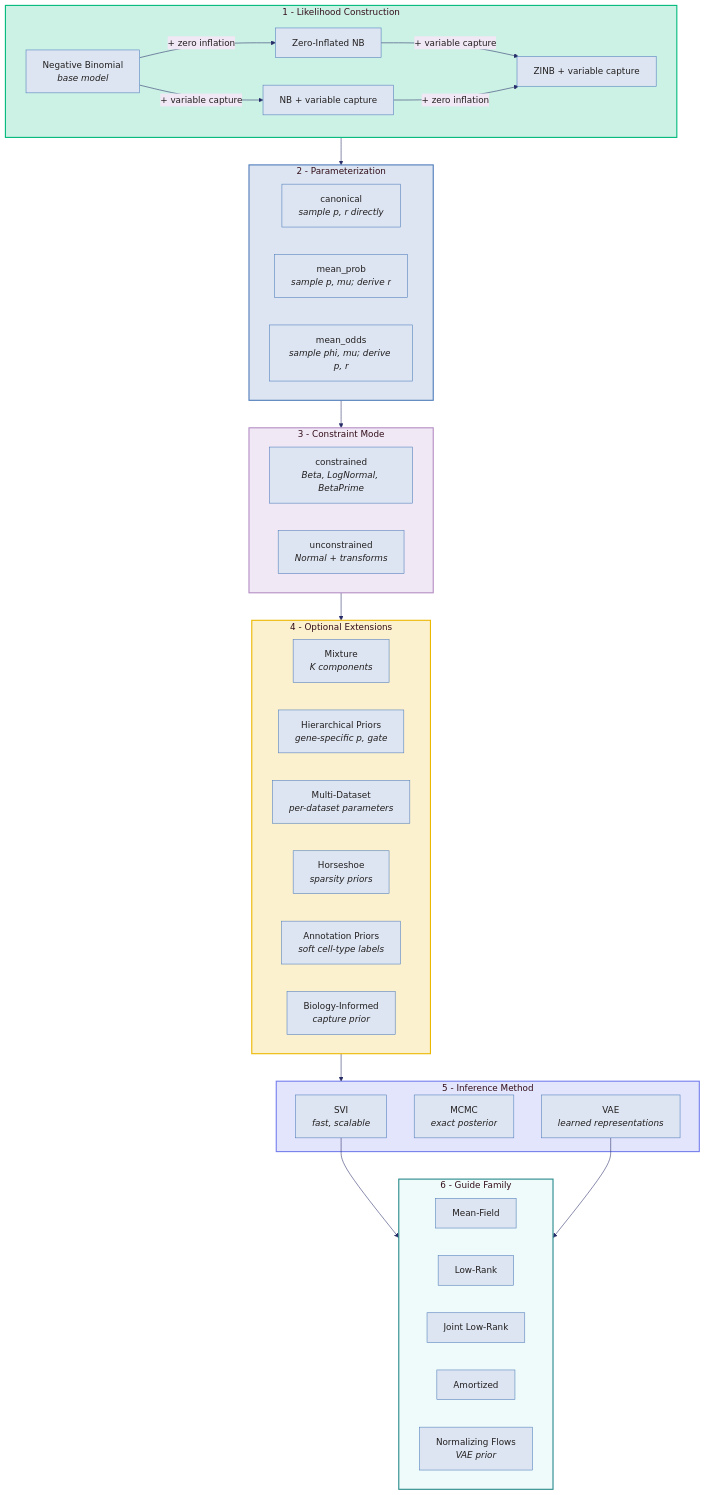
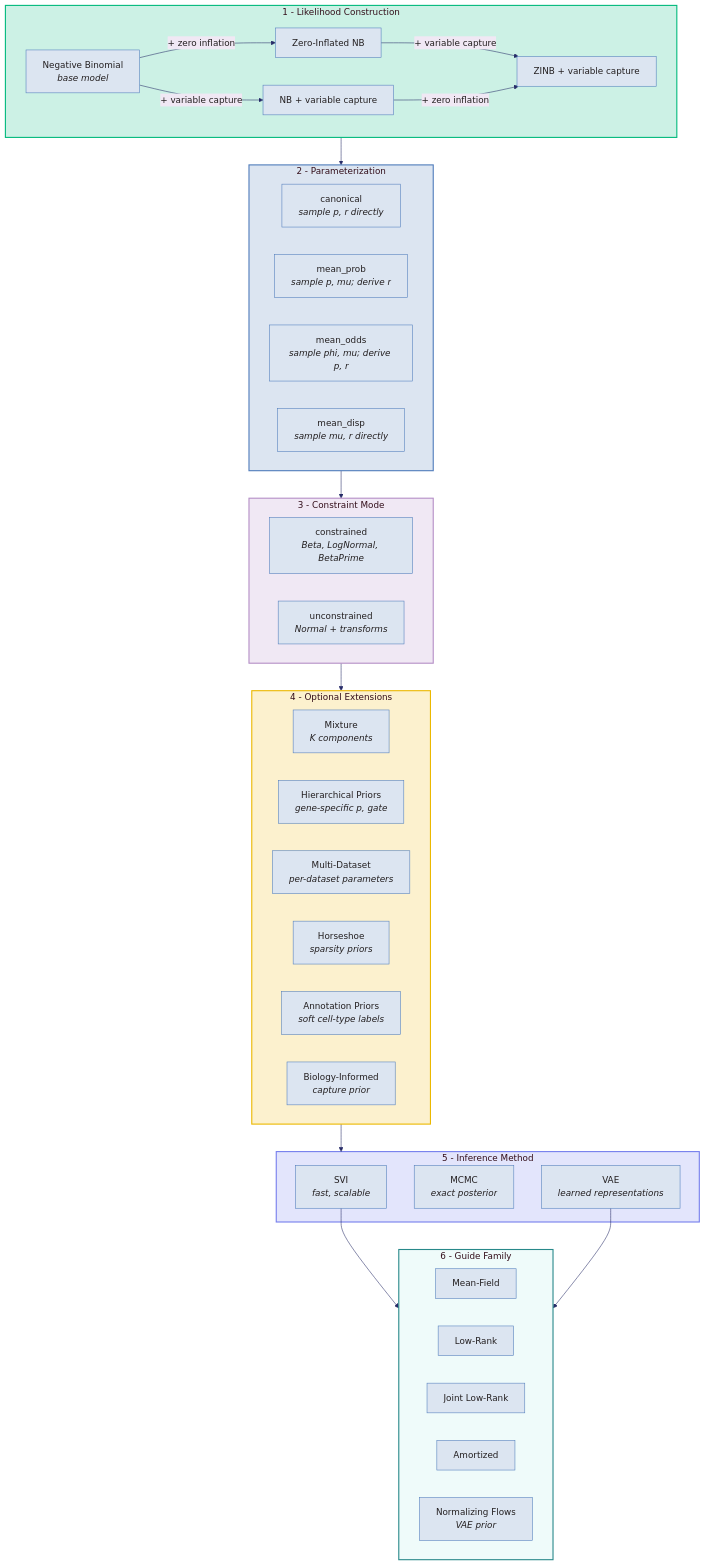
One commit to mrazomej/scribe changed the diagram in docs/index.md. Above: the diagram before and after it, drawn with Mermaid. The commit also changed other lines of this file and 3 other files, not shown here.

First line of the commit message:
docs: add mean_disp to parameterization references

````diff
--- a/docs/index.md
+++ b/docs/index.md
@@ -111,63 +112,64 @@
 ```mermaid
 %%{init: {'theme': 'base', 'themeVariables': {'primaryColor': '#dce5f1', 'primaryTextColor': '#231f20', 'primaryBorderColor': '#4f7cbb', 'lineColor': '#272C68', 'secondaryColor': '#f0e8f4', 'tertiaryColor': '#ccf1e5'}}}%%
 graph TD
     subgraph likelihood ["1 - Likelihood Construction"]
         NB["Negative Binomial<br/><i>base model</i>"]
         ZINB["Zero-Inflated NB"]
         NBcapture["NB + variable capture"]
         ZINBcapture["ZINB + variable capture"]
         NB -->|"+ zero inflation"| ZINB
         NB -->|"+ variable capture"| NBcapture
         ZINB -->|"+ variable capture"| ZINBcapture
         NBcapture -->|"+ zero inflation"| ZINBcapture
     end
 
     subgraph parameterization ["2 - Parameterization"]
         canonical["canonical<br/><i>sample p, r directly</i>"]
         meanProbs["mean_prob<br/><i>sample p, mu; derive r</i>"]
         meanOdds["mean_odds<br/><i>sample phi, mu; derive p, r</i>"]
+        meanDisp["mean_disp<br/><i>sample mu, r directly</i>"]
     end
 
     subgraph constraint ["3 - Constraint Mode"]
         constrained["constrained<br/><i>Beta, LogNormal, BetaPrime</i>"]
         unconstr["unconstrained<br/><i>Normal + transforms</i>"]
     end
 
     subgraph extensions ["4 - Optional Extensions"]
         mixture["Mixture<br/><i>K components</i>"]
         hierarchical["Hierarchical Priors<br/><i>gene-specific p, gate</i>"]
         multiDataset["Multi-Dataset<br/><i>per-dataset parameters</i>"]
         horseshoe["Horseshoe<br/><i>sparsity priors</i>"]
         annotationPrior["Annotation Priors<br/><i>soft cell-type labels</i>"]
         bioCap["Biology-Informed<br/><i>capture prior</i>"]
     end
 
     subgraph infer ["5 - Inference Method"]
         SVI_node["SVI<br/><i>fast, scalable</i>"]
         MCMC_node["MCMC<br/><i>exact posterior</i>"]
         VAE_node["VAE<br/><i>learned representations</i>"]
     end
 
     subgraph guide ["6 - Guide Family"]
         meanField["Mean-Field"]
         lowRank["Low-Rank"]
         jointLowRank["Joint Low-Rank"]
         amortized["Amortized"]
         flows["Normalizing Flows<br/><i>VAE prior</i>"]
     end
 
     likelihood --> parameterization
     parameterization --> constraint
     constraint --> extensions
     extensions --> infer
     SVI_node --> guide
     VAE_node --> guide
 
     %% Brand color styling for subgraphs
     style likelihood fill:#ccf1e5,stroke:#00b97c,stroke-width:2px
     style parameterization fill:#dce5f1,stroke:#4f7cbb,stroke-width:2px
     style constraint fill:#f0e8f4,stroke:#b48ec6,stroke-width:2px
     style extensions fill:#fcf1ce,stroke:#ebb800,stroke-width:2px
     style infer fill:#e3e5fc,stroke:#767eed,stroke-width:2px
     style guide fill:#effbfa,stroke:#28898A,stroke-width:2px
 ```
````
